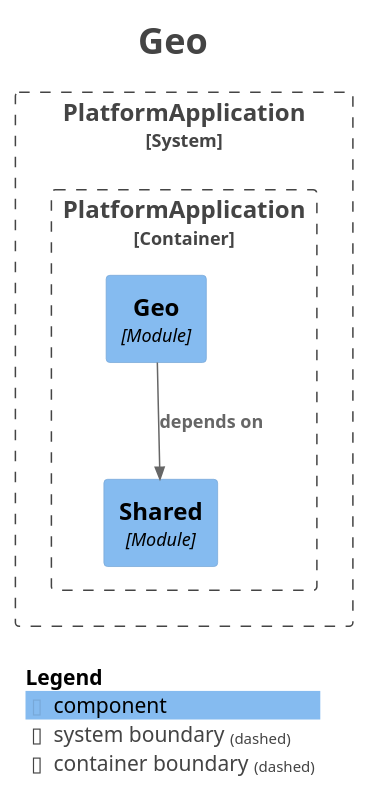
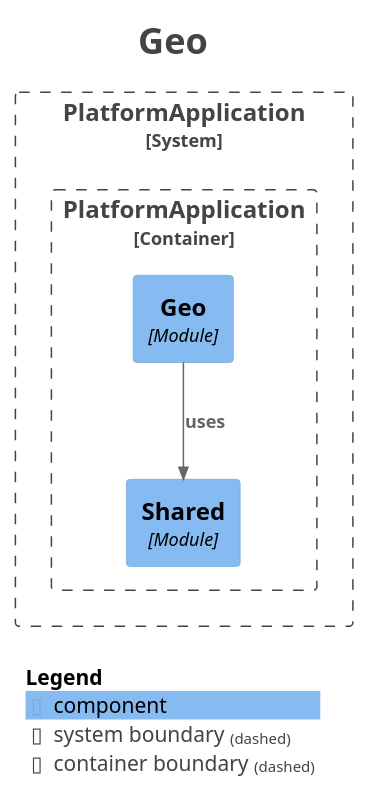
The diagram in docs/modules/module-geo.puml (Asiman77/HistoryAsAGame), drawn with PlantUML before and after one commit. The commit also changed 16 other files, not shown here.

```diff
--- a/docs/modules/module-geo.puml
+++ b/docs/modules/module-geo.puml
@@ -1,30 +1,30 @@
 @startuml
 title <size:24>Geo</size>
 
 set separator none
 top to bottom direction
 
 <style>
   root {
     BackgroundColor: #ffffff
     FontColor: #444444
   }
 </style>
 
 !include <C4/C4>
 !include <C4/C4_Context>
 !include <C4/C4_Component>
 
 System_Boundary("PlatformApplication_boundary", "PlatformApplication", $tags="") {
   Container_Boundary("PlatformApplication.PlatformApplication_boundary", "PlatformApplication", $tags="") {
     Component(PlatformApplication.PlatformApplication.Shared, "Shared", $techn="Module", $descr="", $tags="", $link="")
     Component(PlatformApplication.PlatformApplication.Geo, "Geo", $techn="Module", $descr="", $tags="", $link="")
   }
 
 }
 
-Rel(PlatformApplication.PlatformApplication.Geo, PlatformApplication.PlatformApplication.Shared, "depends on", $techn="", $tags="", $link="")
+Rel(PlatformApplication.PlatformApplication.Geo, PlatformApplication.PlatformApplication.Shared, "uses", $techn="", $tags="", $link="")
 
 SHOW_LEGEND(true)
 hide stereotypes
 @enduml
```
